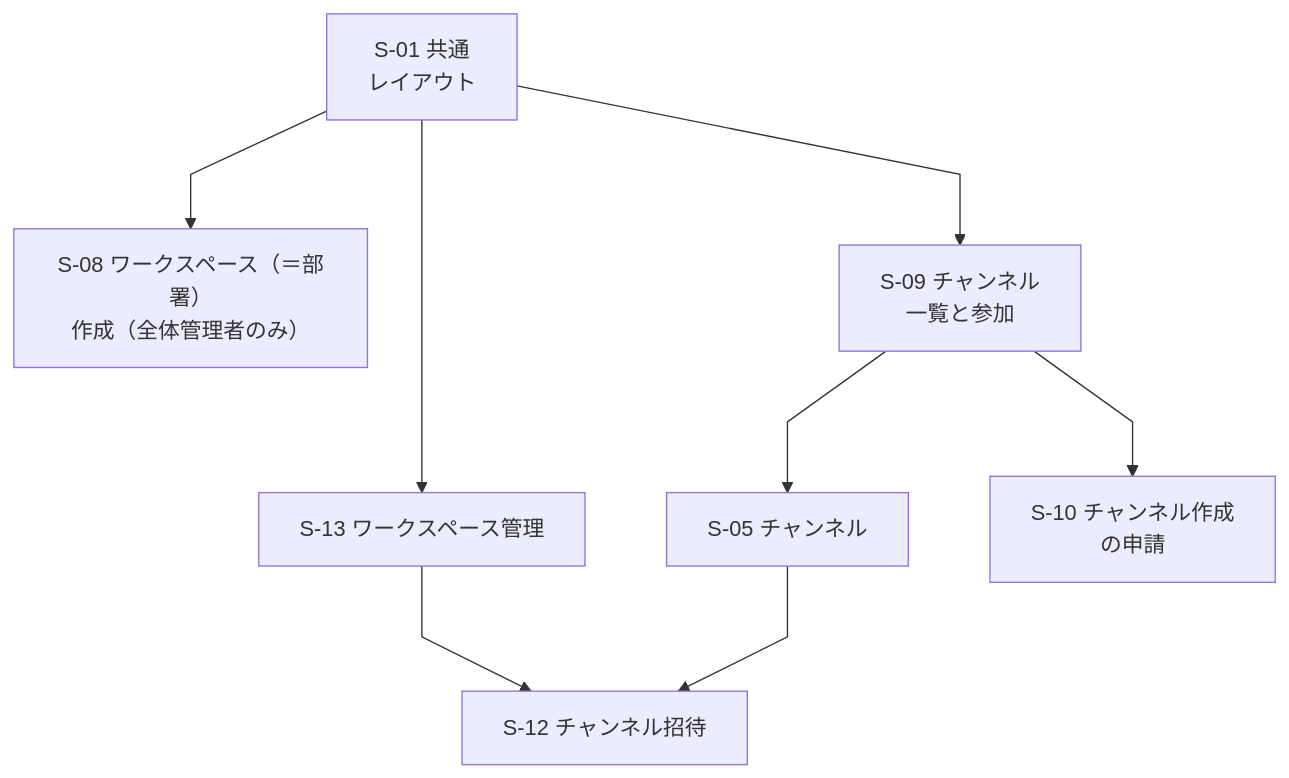
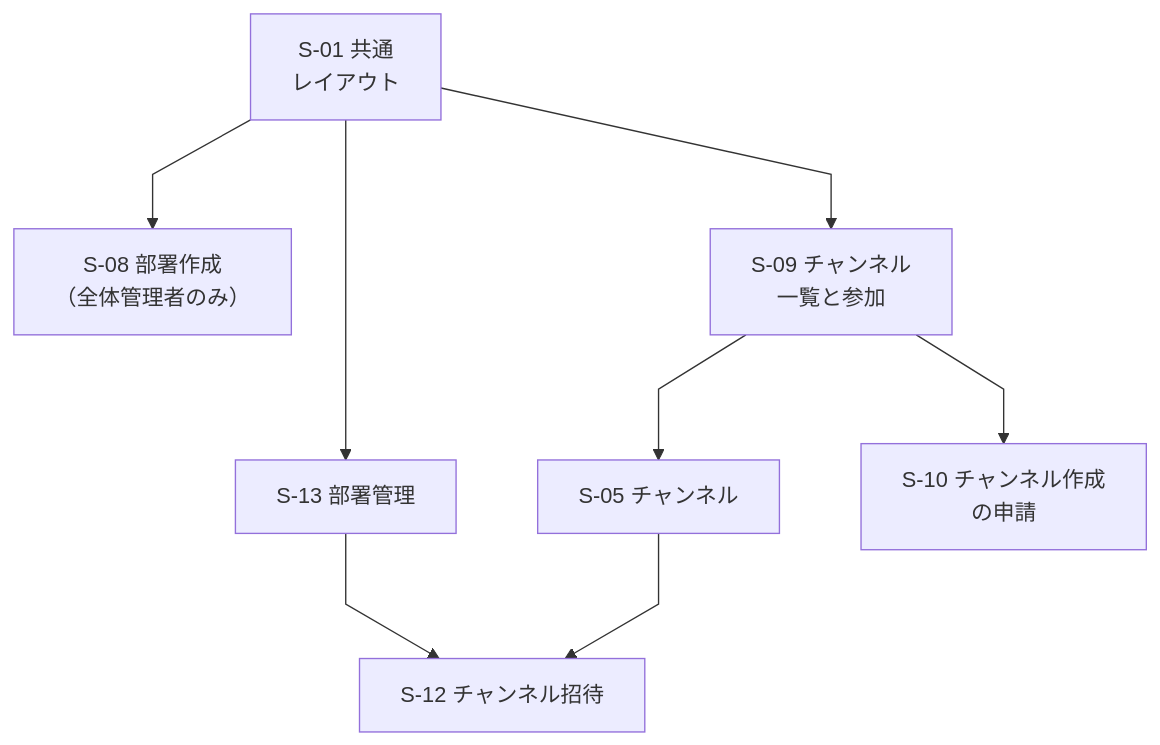
Before and after one commit to yamamotonaoki3/internal-system: the fourth of 13 diagrams in docs/requirements/screens.md, drawn with Mermaid. The commit also changed other lines of this file and 18 other files, not shown here.

````diff
--- a/docs/requirements/screens.md
+++ b/docs/requirements/screens.md
@@ -161,11 +161,11 @@
 ```mermaid
 %%{init: {"flowchart": {"nodeSpacing": 60, "rankSpacing": 80, "curve": "linear", "htmlLabels": true}}}%%
 flowchart TD
-    S01["S-01 共通<br/>レイアウト"] --> S08["S-08 ワークスペース（＝部署）<br/>作成（全体管理者のみ）"]
+    S01["S-01 共通<br/>レイアウト"] --> S08["S-08 部署作成<br/>（全体管理者のみ）"]
     S01 --> S09["S-09 チャンネル<br/>一覧と参加"]
-    S01 --> S13["S-13 ワークスペース管理"]
+    S01 --> S13["S-13 部署管理"]
     S09 --> S05["S-05 チャンネル"]
     S09 --> S10["S-10 チャンネル作成<br/>の申請"]
     S13 --> S12["S-12 チャンネル招待"]
     S05 --> S12
 ```
````
